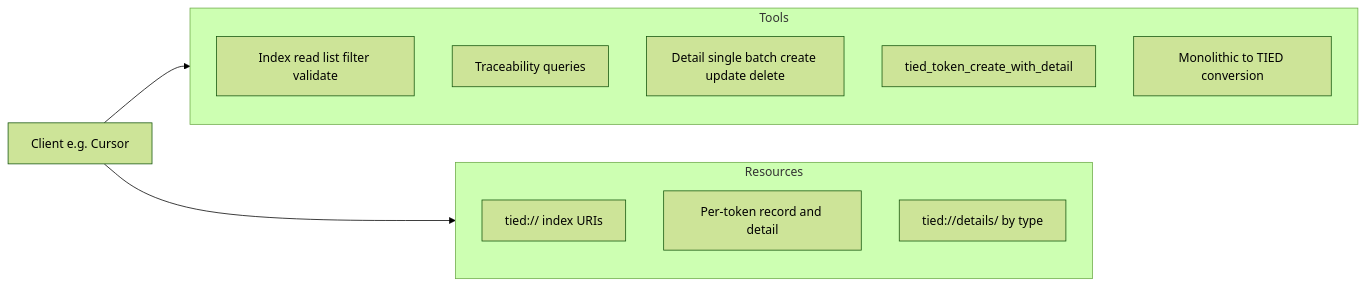
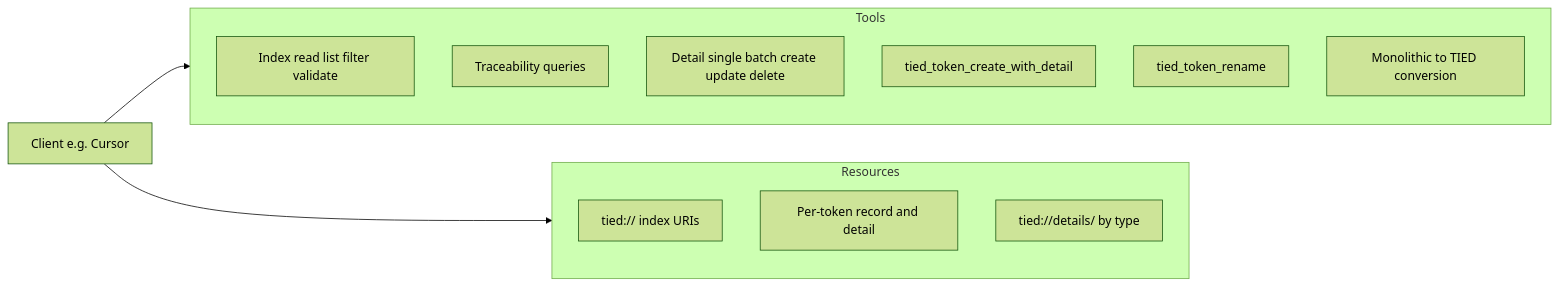
The second of 3 diagrams in README.md (fareedst/tied), drawn with Mermaid (forest theme) before and after one commit. The commit also changed other lines of this file and 6 other files, not shown here.

First line of the commit message:
feat(mcp-server): add tied_token_rename tool

````diff
--- a/README.md
+++ b/README.md
@@ -337,18 +338,19 @@
 ```mermaid
 flowchart LR
   Client["Client e.g. Cursor"]
   Client --> toolsGroup
   Client --> resourcesGroup
   subgraph toolsGroup [Tools]
     IndexOps["Index read list filter validate"]
     TraceOps["Traceability queries"]
     DetailOps["Detail single batch create update delete"]
     CreateWithDetail["tied_token_create_with_detail"]
+    RenameToken["tied_token_rename"]
     Convert["Monolithic to TIED conversion"]
   end
   subgraph resourcesGroup [Resources]
     IndexURIs["tied:// index URIs"]
     PerToken["Per-token record and detail"]
     DetailsByType["tied://details/ by type"]
   end
 ```
````
